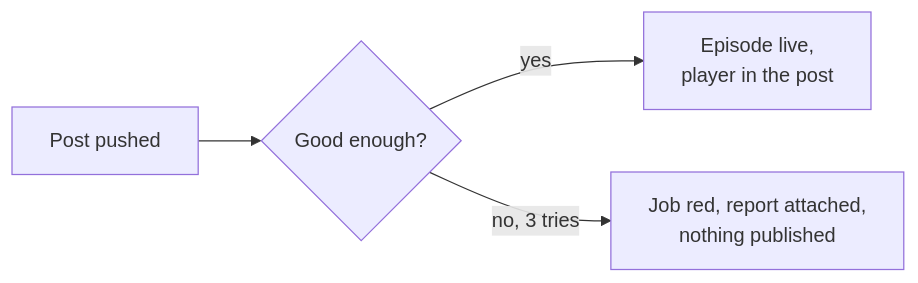
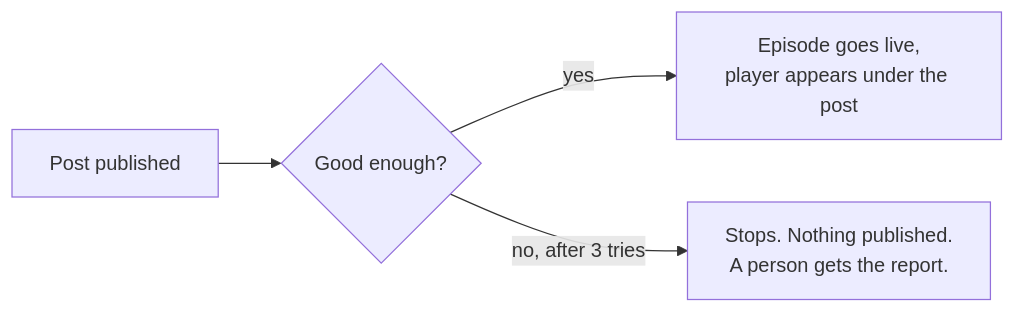
One commit to Matcry12/shipwithai-podcast-plugin changed the second of 12 diagrams in docs/00-overview.md. Above: the diagram before and after it, drawn with Mermaid. The commit also changed other lines of this file, not shown here.

````diff
--- a/docs/00-overview.md
+++ b/docs/00-overview.md
@@ -39,6 +43,6 @@
 ```mermaid
 flowchart LR
-    A[Post pushed] --> B{Good enough?}
-    B -- yes --> C[Episode live,<br/>player in the post]
-    B -- no, 3 tries --> D[Job red, report attached,<br/>nothing published]
+    A[Post published] --> B{Good enough?}
+    B -- yes --> C[Episode goes live,<br/>player appears under the post]
+    B -- no, after 3 tries --> D[Stops. Nothing published.<br/>A person gets the report.]
 ```
````
